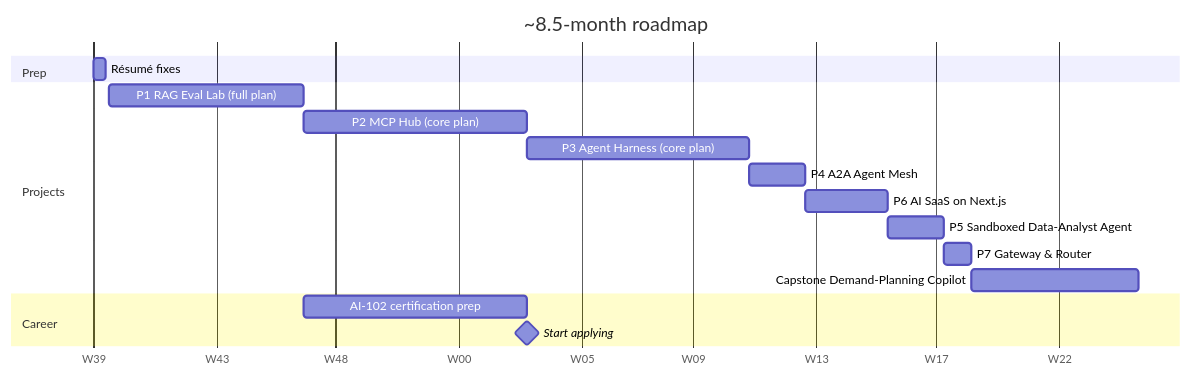
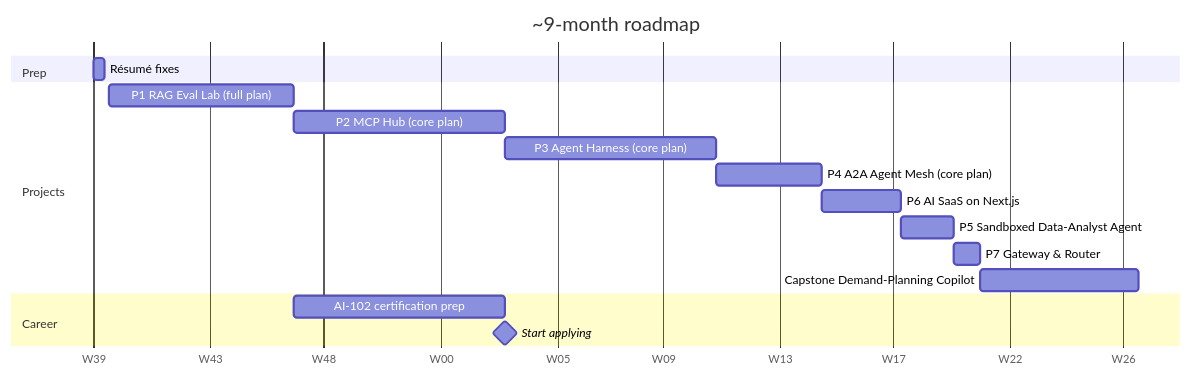
Before and after one commit to pRiMeXoMeGa/AI-Learning-Projects: the diagram in 04-roadmap.md, drawn with Mermaid. The commit also changed other lines of this file and 6 other files, not shown here.

First line of the commit message:
Choose core plan for Project 4 and update the roadmap

````diff
--- a/04-roadmap.md
+++ b/04-roadmap.md
@@ -72,20 +84,20 @@
 ```mermaid
 gantt
-    title ~8.5-month roadmap
+    title ~9-month roadmap
     dateFormat YYYY-MM-DD
     axisFormat W%W
     section Prep
     Résumé fixes                        :r0, 2026-10-01, 3d
     section Projects
     P1 RAG Eval Lab (full plan)         :p1, 2026-10-05, 7w
     P2 MCP Hub (core plan)              :p2, after p1, 8w
     P3 Agent Harness (core plan)        :p3, after p2, 8w
-    P4 A2A Agent Mesh                   :p4, after p3, 2w
+    P4 A2A Agent Mesh (core plan)       :p4, after p3, 4w
     P6 AI SaaS on Next.js               :p6, after p4, 3w
     P5 Sandboxed Data-Analyst Agent     :p5, after p6, 2w
     P7 Gateway & Router                 :p7, after p5, 1w
     Capstone Demand-Planning Copilot    :cap, after p7, 6w
     section Career
     AI-102 certification prep           :cert, after p1, 8w
     Start applying                      :milestone, after p2, 0d
 ```
````
